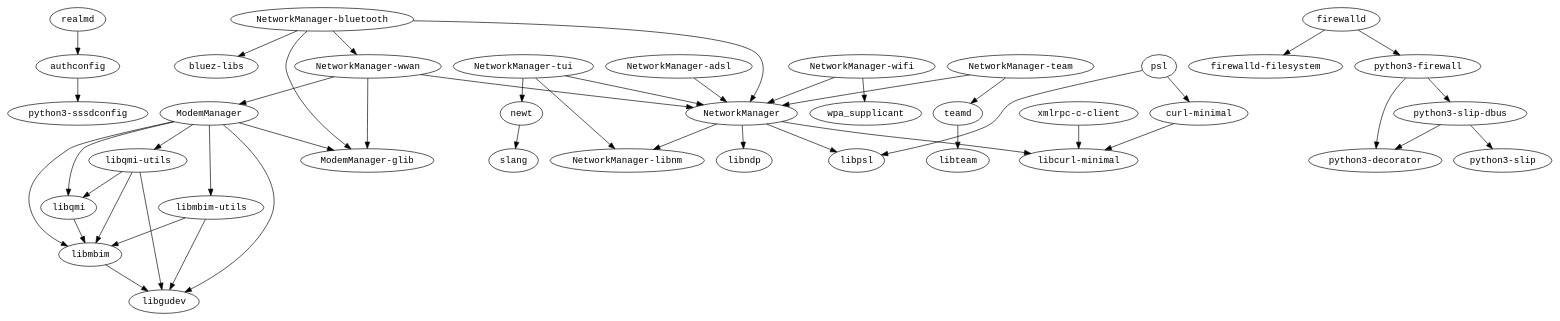
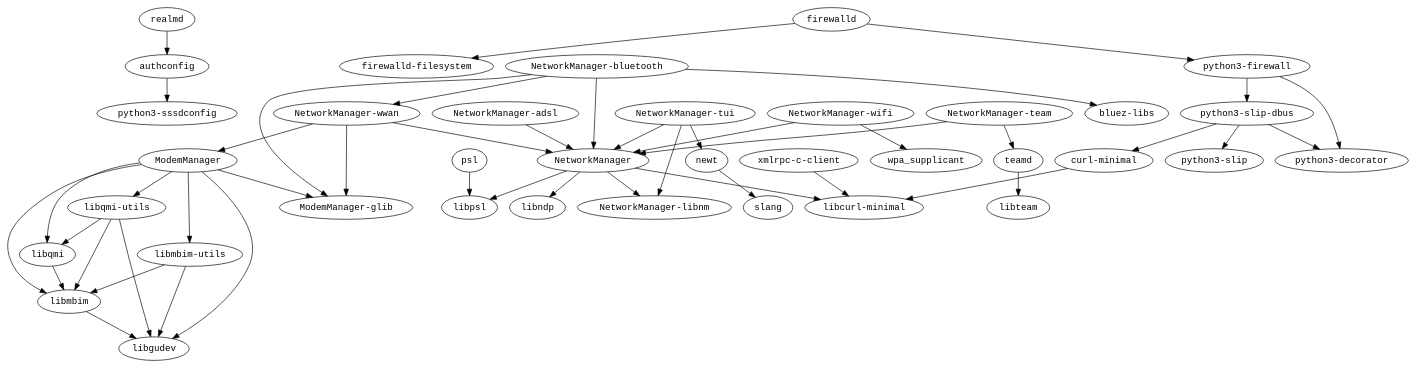
The diagram in modules/networking-base/s390x/graph.dot (fedora-modularity/dependency-report), drawn with Graphviz before and after one commit. The commit also changed 6300 other files, not shown here.

```diff
--- a/modules/networking-base/s390x/graph.dot
+++ b/modules/networking-base/s390x/graph.dot
@@ -1,49 +1,49 @@
 strict digraph G {
 node [fontname=monospace];
   "authconfig" -> "python3-sssdconfig";
   "curl-minimal" -> "libcurl-minimal";
   "firewalld" -> "firewalld-filesystem";
   "firewalld" -> "python3-firewall";
   "libmbim" -> "libgudev";
   "libmbim-utils" -> "libgudev";
   "libmbim-utils" -> "libmbim";
   "libqmi" -> "libmbim";
   "libqmi-utils" -> "libgudev";
   "libqmi-utils" -> "libmbim";
   "libqmi-utils" -> "libqmi";
   "ModemManager" -> "libgudev";
   "ModemManager" -> "libmbim";
   "ModemManager" -> "libmbim-utils";
   "ModemManager" -> "libqmi";
   "ModemManager" -> "libqmi-utils";
   "ModemManager" -> "ModemManager-glib";
   "NetworkManager-adsl" -> "NetworkManager";
   "NetworkManager-bluetooth" -> "bluez-libs";
   "NetworkManager-bluetooth" -> "ModemManager-glib";
   "NetworkManager-bluetooth" -> "NetworkManager";
   "NetworkManager-bluetooth" -> "NetworkManager-wwan";
   "NetworkManager" -> "libcurl-minimal";
   "NetworkManager" -> "libndp";
   "NetworkManager" -> "libpsl";
   "NetworkManager" -> "NetworkManager-libnm";
   "NetworkManager-team" -> "NetworkManager";
   "NetworkManager-team" -> "teamd";
   "NetworkManager-tui" -> "NetworkManager";
   "NetworkManager-tui" -> "NetworkManager-libnm";
   "NetworkManager-tui" -> "newt";
   "NetworkManager-wifi" -> "NetworkManager";
   "NetworkManager-wifi" -> "wpa_supplicant";
   "NetworkManager-wwan" -> "ModemManager";
   "NetworkManager-wwan" -> "ModemManager-glib";
   "NetworkManager-wwan" -> "NetworkManager";
   "newt" -> "slang";
-  "psl" -> "curl-minimal";
   "psl" -> "libpsl";
   "python3-firewall" -> "python3-decorator";
   "python3-firewall" -> "python3-slip-dbus";
+  "python3-slip-dbus" -> "curl-minimal";
   "python3-slip-dbus" -> "python3-decorator";
   "python3-slip-dbus" -> "python3-slip";
   "realmd" -> "authconfig";
   "teamd" -> "libteam";
   "xmlrpc-c-client" -> "libcurl-minimal";
 }
```
